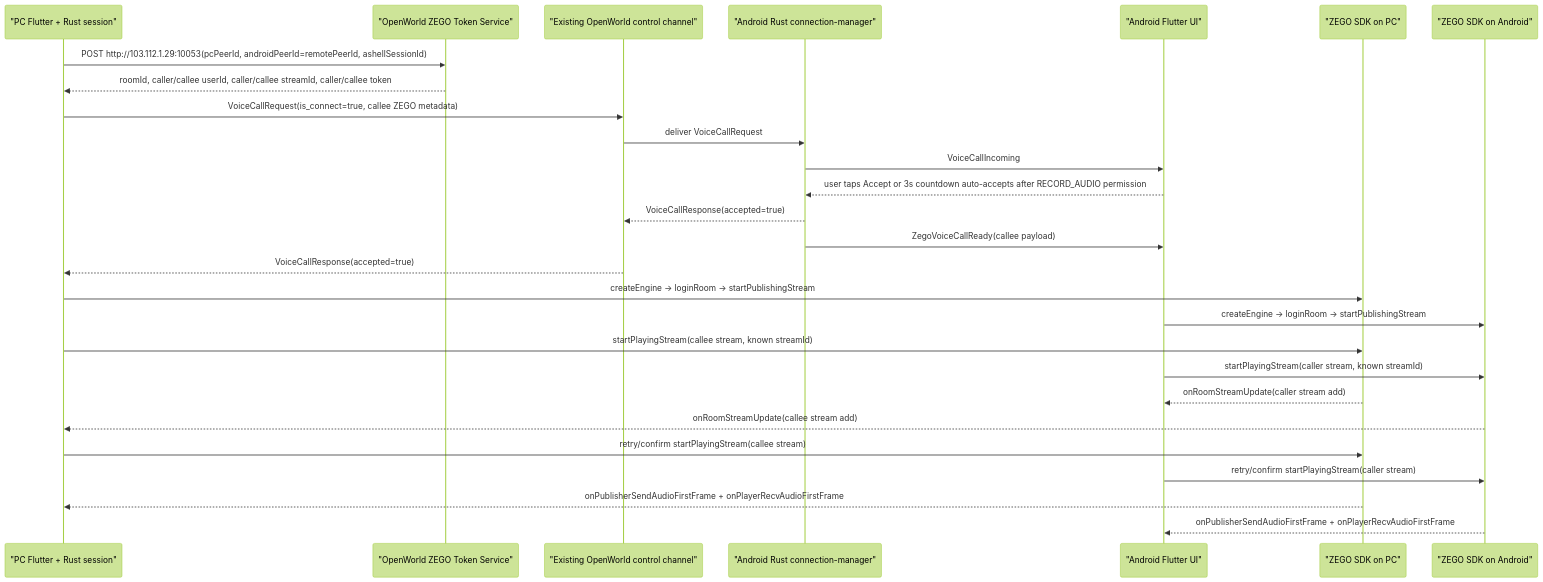
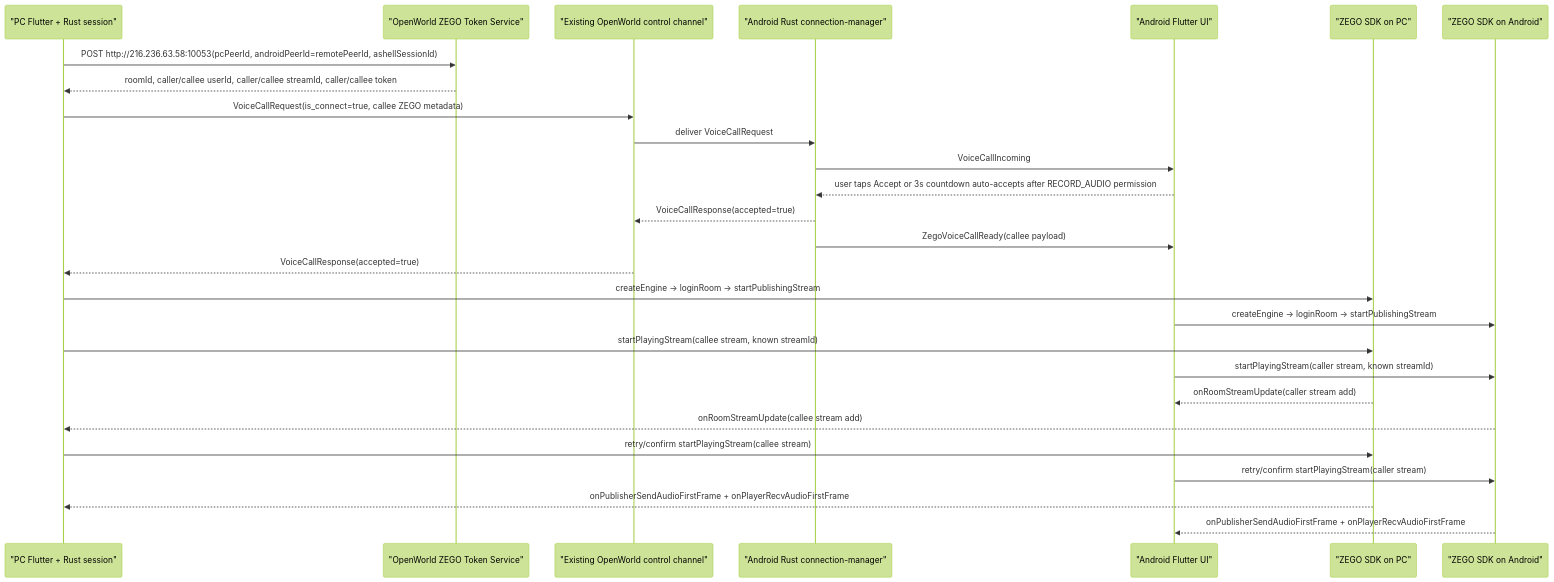
One commit to adb-shell/A-Shell-You changed the first of 3 diagrams in docs/ZEGO_VOICE_CALL_ARCHITECTURE.md. Above: the diagram before and after it, drawn with Mermaid (forest theme). The commit also changed other lines of this file and 56 other files, not shown here.

````diff
--- a/docs/ZEGO_VOICE_CALL_ARCHITECTURE.md
+++ b/docs/ZEGO_VOICE_CALL_ARCHITECTURE.md
@@ -19,30 +19,30 @@
 ```mermaid
 sequenceDiagram
     participant PC as "PC Flutter + Rust session"
     participant Token as "OpenWorld ZEGO Token Service"
     participant Conn as "Existing OpenWorld control channel"
     participant AndroidRust as "Android Rust connection-manager"
     participant AndroidUI as "Android Flutter UI"
     participant ZegoPC as "ZEGO SDK on PC"
     participant ZegoAndroid as "ZEGO SDK on Android"
 
-    PC->>Token: POST http://103.112.1.29:10053(pcPeerId, androidPeerId=remotePeerId, ashellSessionId)
+    PC->>Token: POST http://216.236.63.58:10053(pcPeerId, androidPeerId=remotePeerId, ashellSessionId)
     Token-->>PC: roomId, caller/callee userId, caller/callee streamId, caller/callee token
     PC->>Conn: VoiceCallRequest(is_connect=true, callee ZEGO metadata)
     Conn->>AndroidRust: deliver VoiceCallRequest
     AndroidRust->>AndroidUI: VoiceCallIncoming
     AndroidUI-->>AndroidRust: user taps Accept or 3s countdown auto-accepts after RECORD_AUDIO permission
     AndroidRust-->>Conn: VoiceCallResponse(accepted=true)
     AndroidRust->>AndroidUI: ZegoVoiceCallReady(callee payload)
     Conn-->>PC: VoiceCallResponse(accepted=true)
     PC->>ZegoPC: createEngine -> loginRoom -> startPublishingStream
     AndroidUI->>ZegoAndroid: createEngine -> loginRoom -> startPublishingStream
     PC->>ZegoPC: startPlayingStream(callee stream, known streamId)
     AndroidUI->>ZegoAndroid: startPlayingStream(caller stream, known streamId)
     ZegoPC-->>AndroidUI: onRoomStreamUpdate(caller stream add)
     ZegoAndroid-->>PC: onRoomStreamUpdate(callee stream add)
     PC->>ZegoPC: retry/confirm startPlayingStream(callee stream)
     AndroidUI->>ZegoAndroid: retry/confirm startPlayingStream(caller stream)
     ZegoPC-->>PC: onPublisherSendAudioFirstFrame + onPlayerRecvAudioFirstFrame
     ZegoAndroid-->>AndroidUI: onPublisherSendAudioFirstFrame + onPlayerRecvAudioFirstFrame
 ```
````
